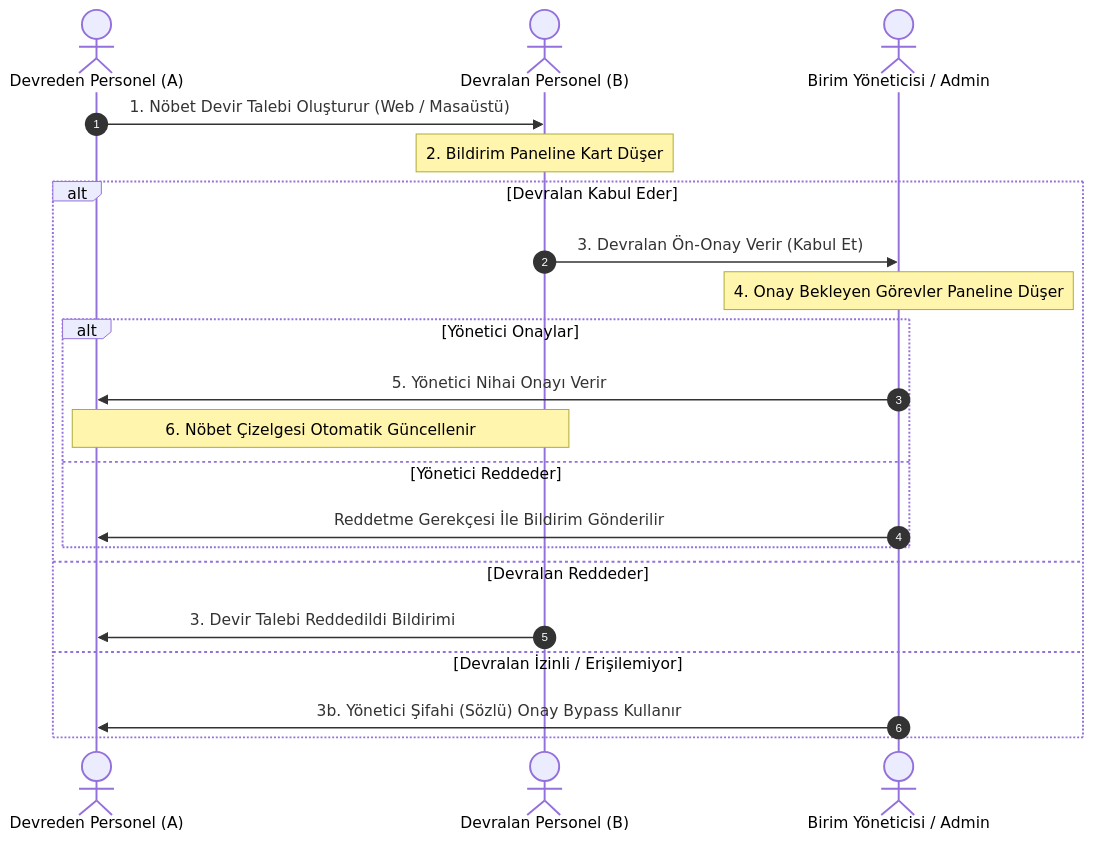
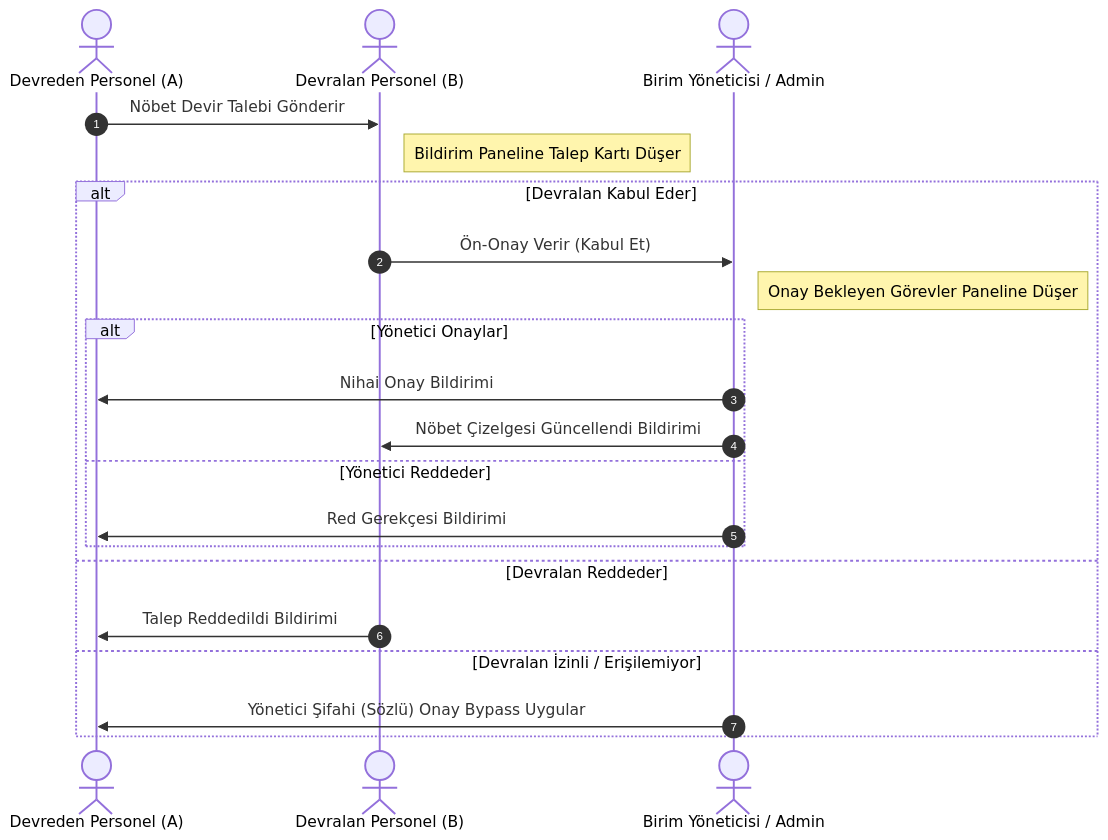
One commit to radpy-v4/RADPYS_V4_WEB changed the second of 6 diagrams in docs/RADPYS_V4_Kullanim_Kilavuzu.md. Above: the diagram before and after it, drawn with Mermaid. The commit also changed other lines of this file and 3 other files, not shown here.

````diff
--- a/docs/RADPYS_V4_Kullanim_Kilavuzu.md
+++ b/docs/RADPYS_V4_Kullanim_Kilavuzu.md
@@ -1178,24 +1178,26 @@
 ```mermaid
 sequenceDiagram
     autonumber
     actor PersonelA as Devreden Personel (A)
     actor PersonelB as Devralan Personel (B)
     actor Admin as Birim Yöneticisi / Admin
     
-    PersonelA->>PersonelB: 1. Nöbet Devir Talebi Oluşturur (Web / Masaüstü)
-    Note over PersonelB: 2. Bildirim Paneline Kart Düşer
+    PersonelA->>PersonelB: Nöbet Devir Talebi Gönderir
+    Note right of PersonelB: Bildirim Paneline Talep Kartı Düşer
+    
     alt Devralan Kabul Eder
-        PersonelB->>Admin: 3. Devralan Ön-Onay Verir (Kabul Et)
-        Note over Admin: 4. Onay Bekleyen Görevler Paneline Düşer
+        PersonelB->>Admin: Ön-Onay Verir (Kabul Et)
+        Note right of Admin: Onay Bekleyen Görevler Paneline Düşer
+        
         alt Yönetici Onaylar
-            Admin->>PersonelA: 5. Yönetici Nihai Onayı Verir
-            Note over PersonelA, PersonelB: 6. Nöbet Çizelgesi Otomatik Güncellenir
+            Admin->>PersonelA: Nihai Onay Bildirimi
+            Admin->>PersonelB: Nöbet Çizelgesi Güncellendi Bildirimi
         else Yönetici Reddeder
-            Admin->>PersonelA: Reddetme Gerekçesi İle Bildirim Gönderilir
+            Admin->>PersonelA: Red Gerekçesi Bildirimi
         end
     else Devralan Reddeder
-        PersonelB->>PersonelA: 3. Devir Talebi Reddedildi Bildirimi
+        PersonelB->>PersonelA: Talep Reddedildi Bildirimi
     else Devralan İzinli / Erişilemiyor
-        Admin->>PersonelA: 3b. Yönetici Şifahi (Sözlü) Onay Bypass Kullanır
+        Admin->>PersonelA: Yönetici Şifahi (Sözlü) Onay Bypass Uygular
     end
 ```
````
